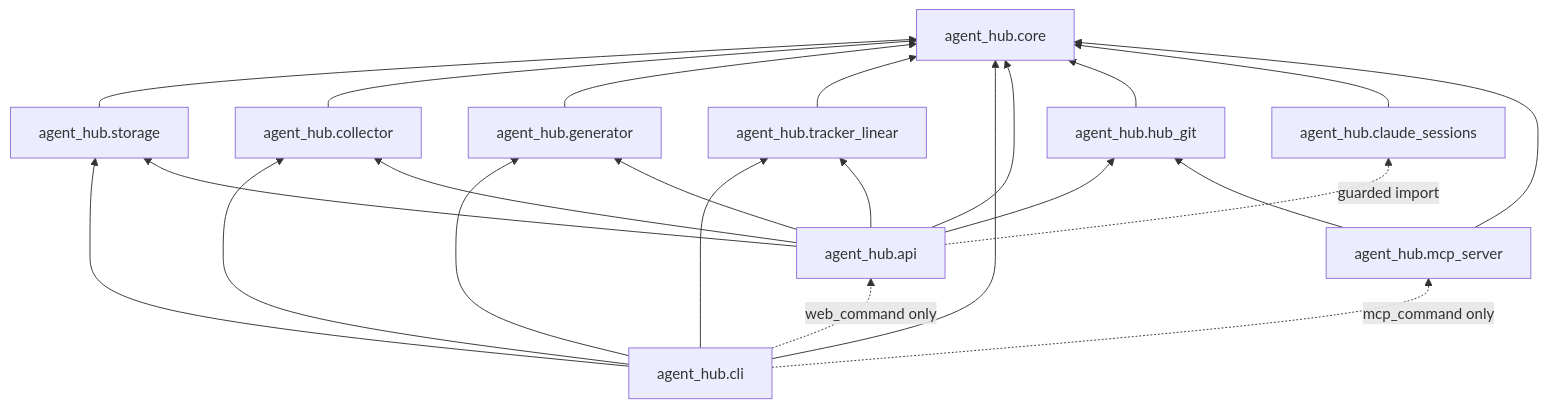
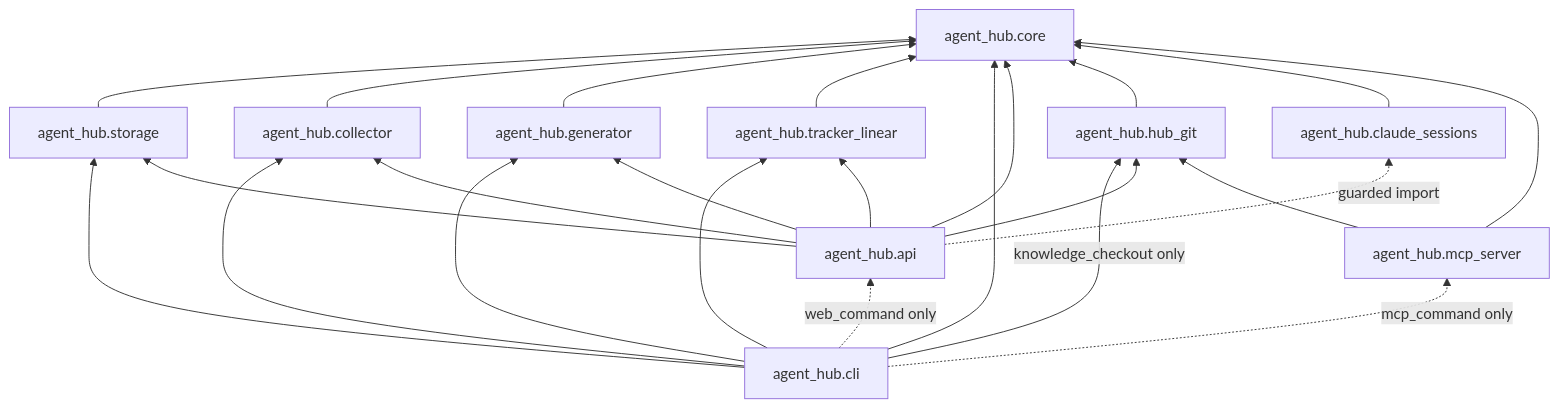
Before and after one commit to jroquette/agent-hub: the first of 2 diagrams in docs/ARCHITECTURE.md, drawn with Mermaid. The commit also changed other lines of this file and 11 other files, not shown here.

First line of the commit message:
docs(docs): knowledge view in design system, spec, architecture and API

````diff
--- a/docs/ARCHITECTURE.md
+++ b/docs/ARCHITECTURE.md
@@ -86,25 +88,26 @@
 ```mermaid
 flowchart BT
   storage[agent_hub.storage] --> core[agent_hub.core]
   collector[agent_hub.collector] --> core
   generator[agent_hub.generator] --> core
   tracker_linear[agent_hub.tracker_linear] --> core
   cli[agent_hub.cli] --> core
   cli --> storage
   cli --> collector
   cli --> generator
   cli --> tracker_linear
+  cli -- "knowledge_checkout only" --> hub_git
   api[agent_hub.api] --> core
   api --> storage
   api --> collector
   api --> generator
   hub_git[agent_hub.hub_git] --> core
   api --> hub_git
   claude_sessions[agent_hub.claude_sessions] --> core
   api -. "guarded import" .-> claude_sessions
   api --> tracker_linear
   cli -. "web_command only" .-> api
   mcp_server[agent_hub.mcp_server] --> core
   mcp_server --> hub_git
   cli -. "mcp_command only" .-> mcp_server
 ```
````
